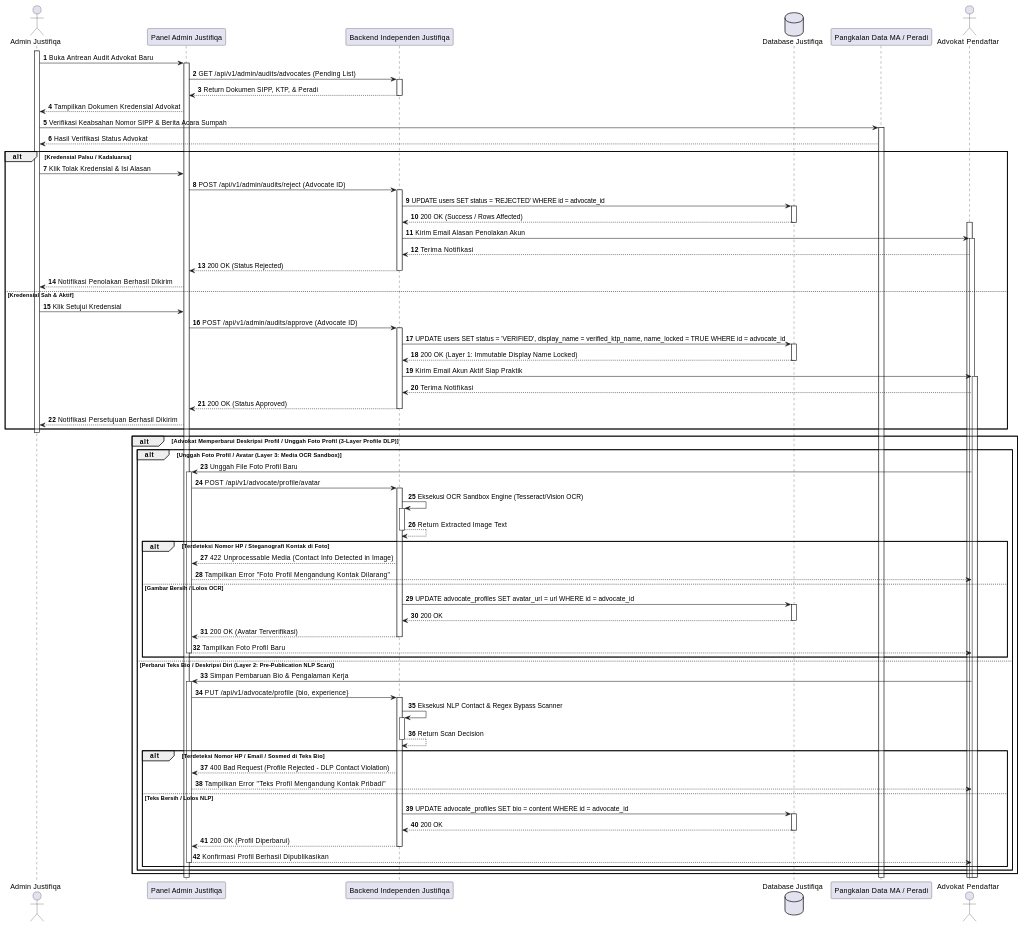
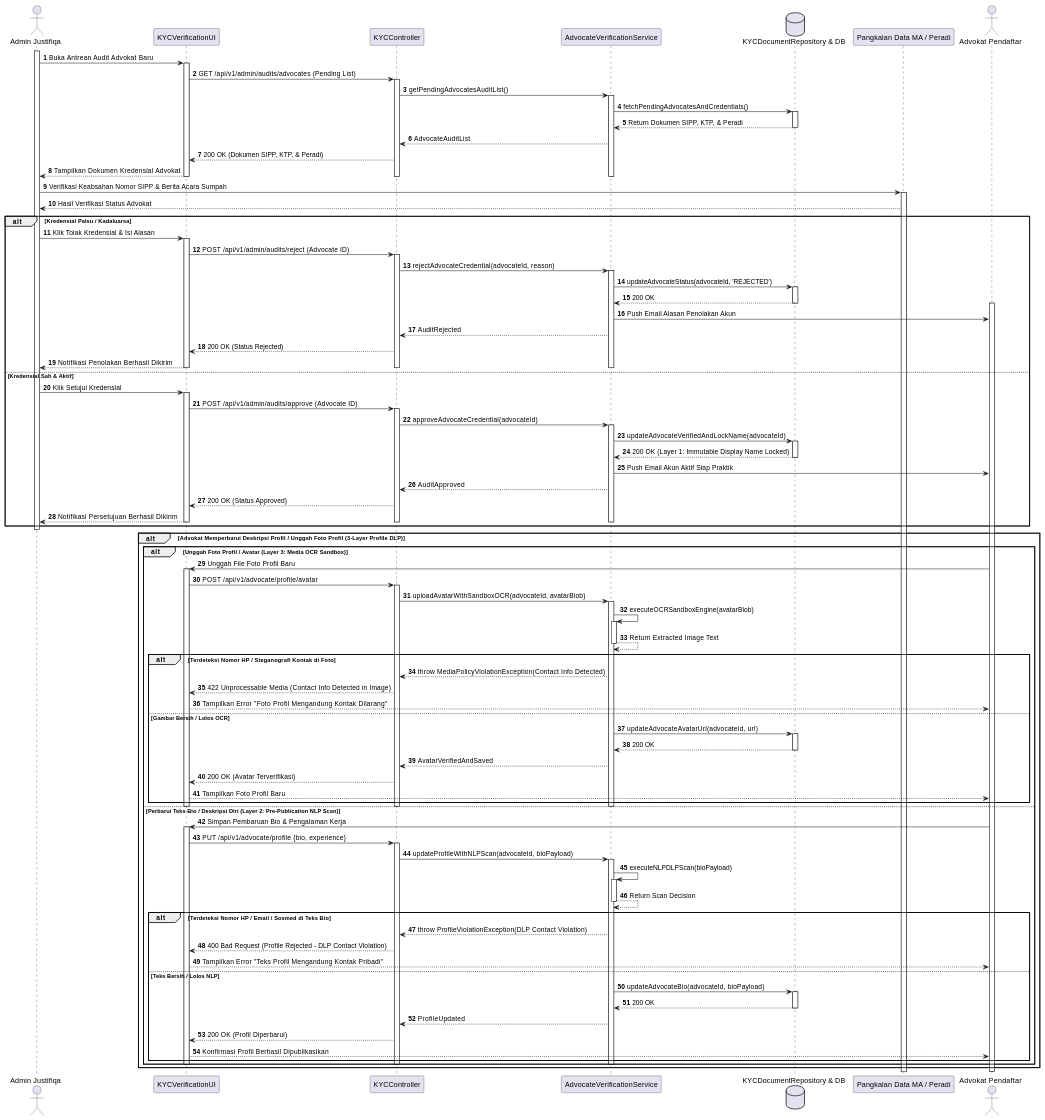
The ninth of 28 diagrams in MarkDown/plantuml_sequence_diagrams.md (tupperwureism/SuperApp-Gagal), drawn with PlantUML before and after one commit. The commit also changed other lines of this file, not shown here.

Commit message:
refactor(SD): refactor SD-J-06 through SD-J-10 to 5-Lifeline BCE architecture

```diff
--- a/MarkDown/plantuml_sequence_diagrams.md
+++ b/MarkDown/plantuml_sequence_diagrams.md
@@ -898,73 +959,100 @@
 @startuml
 autonumber
 actor "Admin Justifiqa" as Admin
-participant "Panel Admin Justifiqa" as FE
-participant "Backend Independen Justifiqa" as BE
-database "Database Justifiqa" as DB
+participant "KYCVerificationUI" as FE
+participant "KYCController" as CTRL
+participant "AdvocateVerificationService" as SVC
+database "KYCDocumentRepository & DB" as REPO
 participant "Pangkalan Data MA / Peradi" as Peradi
 actor "Advokat Pendaftar" as Mitra
 
 activate Admin
 Admin -> FE ++ : Buka Antrean Audit Advokat Baru
-FE -> BE ++ : GET /api/v1/admin/audits/advocates (Pending List)
-BE --> FE -- : Return Dokumen SIPP, KTP, & Peradi
+FE -> CTRL ++ : GET /api/v1/admin/audits/advocates (Pending List)
+CTRL -> SVC ++ : getPendingAdvocatesAuditList()
+SVC -> REPO ++ : fetchPendingAdvocatesAndCredentials()
+REPO --> SVC -- : Return Dokumen SIPP, KTP, & Peradi
+SVC --> CTRL : AdvocateAuditList
+CTRL --> FE : 200 OK (Dokumen SIPP, KTP, & Peradi)
 FE --> Admin : Tampilkan Dokumen Kredensial Advokat
+deactivate SVC
+deactivate CTRL
+deactivate FE
+
 Admin -> Peradi ++ : Verifikasi Keabsahan Nomor SIPP & Berita Acara Sumpah
 Peradi --> Admin : Hasil Verifikasi Status Advokat
 
 alt Kredensial Palsu / Kadaluarsa
-    Admin -> FE : Klik Tolak Kredensial & Isi Alasan
-    FE -> BE ++ : POST /api/v1/admin/audits/reject (Advocate ID)
-    BE -> DB ++ : UPDATE users SET status = 'REJECTED' WHERE id = advocate_id
-    DB --> BE -- : 200 OK (Success / Rows Affected)
-activate Mitra
-    BE -> Mitra ++ : Kirim Email Alasan Penolakan Akun
-    Mitra --> BE : Terima Notifikasi
-    BE --> FE -- : 200 OK (Status Rejected)
+    Admin -> FE ++ : Klik Tolak Kredensial & Isi Alasan
+    FE -> CTRL ++ : POST /api/v1/admin/audits/reject (Advocate ID)
+    CTRL -> SVC ++ : rejectAdvocateCredential(advocateId, reason)
+    SVC -> REPO ++ : updateAdvocateStatus(advocateId, 'REJECTED')
+    REPO --> SVC -- : 200 OK
+    activate Mitra
+    SVC -> Mitra : Push Email Alasan Penolakan Akun
+    SVC --> CTRL : AuditRejected
+    CTRL --> FE : 200 OK (Status Rejected)
     FE --> Admin : Notifikasi Penolakan Berhasil Dikirim
+    deactivate SVC
+    deactivate CTRL
+    deactivate FE
 else Kredensial Sah & Aktif
-    Admin -> FE : Klik Setujui Kredensial
-    FE -> BE ++ : POST /api/v1/admin/audits/approve (Advocate ID)
-    BE -> DB ++ : UPDATE users SET status = 'VERIFIED', display_name = verified_ktp_name, name_locked = TRUE WHERE id = advocate_id
-    DB --> BE -- : 200 OK (Layer 1: Immutable Display Name Locked)
-    BE -> Mitra ++ : Kirim Email Akun Aktif Siap Praktik
-    Mitra --> BE : Terima Notifikasi
-    BE --> FE -- : 200 OK (Status Approved)
+    Admin -> FE ++ : Klik Setujui Kredensial
+    FE -> CTRL ++ : POST /api/v1/admin/audits/approve (Advocate ID)
+    CTRL -> SVC ++ : approveAdvocateCredential(advocateId)
+    SVC -> REPO ++ : updateAdvocateVerifiedAndLockName(advocateId)
+    REPO --> SVC -- : 200 OK (Layer 1: Immutable Display Name Locked)
+    SVC -> Mitra : Push Email Akun Aktif Siap Praktik
+    SVC --> CTRL : AuditApproved
+    CTRL --> FE : 200 OK (Status Approved)
     FE --> Admin : Notifikasi Persetujuan Berhasil Dikirim
+    deactivate SVC
+    deactivate CTRL
+    deactivate FE
 end
 deactivate Admin
 
 alt Advokat Memperbarui Deskripsi Profil / Unggah Foto Profil (3-Layer Profile DLP)
     alt Unggah Foto Profil / Avatar (Layer 3: Media OCR Sandbox)
         Mitra -> FE ++ : Unggah File Foto Profil Baru
-        FE -> BE ++ : POST /api/v1/advocate/profile/avatar
-        BE -> BE ++ : Eksekusi OCR Sandbox Engine (Tesseract/Vision OCR)
-        BE --> BE -- : Return Extracted Image Text
+        FE -> CTRL ++ : POST /api/v1/advocate/profile/avatar
+        CTRL -> SVC ++ : uploadAvatarWithSandboxOCR(advocateId, avatarBlob)
+        SVC -> SVC ++ : executeOCRSandboxEngine(avatarBlob)
+        SVC --> SVC -- : Return Extracted Image Text
         alt Terdeteksi Nomor HP / Steganografi Kontak di Foto
-            BE --> FE : 422 Unprocessable Media (Contact Info Detected in Image)
+            SVC --> CTRL : throw MediaPolicyViolationException(Contact Info Detected)
+            CTRL --> FE : 422 Unprocessable Media (Contact Info Detected in Image)
             FE --> Mitra : Tampilkan Error "Foto Profil Mengandung Kontak Dilarang"
         else Gambar Bersih / Lolos OCR
-            BE -> DB ++ : UPDATE advocate_profiles SET avatar_url = url WHERE id = advocate_id
-            DB --> BE -- : 200 OK
-            BE --> FE -- : 200 OK (Avatar Terverifikasi)
+            SVC -> REPO ++ : updateAdvocateAvatarUrl(advocateId, url)
+            REPO --> SVC -- : 200 OK
+            SVC --> CTRL : AvatarVerifiedAndSaved
+            CTRL --> FE : 200 OK (Avatar Terverifikasi)
             FE --> Mitra : Tampilkan Foto Profil Baru
-            deactivate FE
         end
+        deactivate SVC
+        deactivate CTRL
+        deactivate FE
     else Perbarui Teks Bio / Deskripsi Diri (Layer 2: Pre-Publication NLP Scan)
         Mitra -> FE ++ : Simpan Pembaruan Bio & Pengalaman Kerja
-        FE -> BE ++ : PUT /api/v1/advocate/profile {bio, experience}
-        BE -> BE ++ : Eksekusi NLP Contact & Regex Bypass Scanner
-        BE --> BE -- : Return Scan Decision
+        FE -> CTRL ++ : PUT /api/v1/advocate/profile {bio, experience}
+        CTRL -> SVC ++ : updateProfileWithNLPScan(advocateId, bioPayload)
+        SVC -> SVC ++ : executeNLPDLPScan(bioPayload)
+        SVC --> SVC -- : Return Scan Decision
         alt Terdeteksi Nomor HP / Email / Sosmed di Teks Bio
-            BE --> FE : 400 Bad Request (Profile Rejected - DLP Contact Violation)
+            SVC --> CTRL : throw ProfileViolationException(DLP Contact Violation)
+            CTRL --> FE : 400 Bad Request (Profile Rejected - DLP Contact Violation)
             FE --> Mitra : Tampilkan Error "Teks Profil Mengandung Kontak Pribadi"
         else Teks Bersih / Lolos NLP
-            BE -> DB ++ : UPDATE advocate_profiles SET bio = content WHERE id = advocate_id
-            DB --> BE -- : 200 OK
-            BE --> FE -- : 200 OK (Profil Diperbarui)
+            SVC -> REPO ++ : updateAdvocateBio(advocateId, bioPayload)
+            REPO --> SVC -- : 200 OK
+            SVC --> CTRL : ProfileUpdated
+            CTRL --> FE : 200 OK (Profil Diperbarui)
             FE --> Mitra : Konfirmasi Profil Berhasil Dipublikasikan
-            deactivate FE
         end
+        deactivate SVC
+        deactivate CTRL
+        deactivate FE
     end
 end
 deactivate Mitra
```
